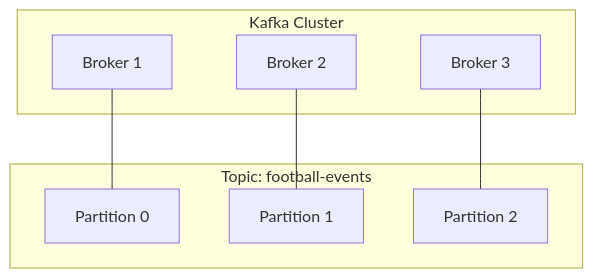
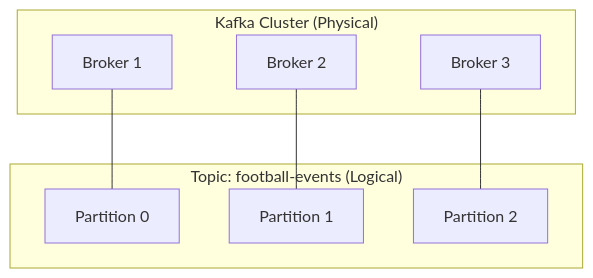
One commit to Prayag2003/system-design changed the first of 5 diagrams in concepts/kafka/02-kafka.md. Above: the diagram before and after it, drawn with Mermaid. The commit also changed other lines of this file and 2 other files, not shown here.

Commit message:
[feat-kafka]: consolidate 02-kafka architecture and add 20 interview Q&As in 03-qna

````diff
--- a/concepts/kafka/02-kafka.md
+++ b/concepts/kafka/02-kafka.md
@@ -98,14 +86,14 @@
 ```mermaid
 flowchart TD
-    subgraph T["Topic: football-events"]
+    subgraph T["Topic: football-events (Logical)"]
         P0["Partition 0"]
         P1["Partition 1"]
         P2["Partition 2"]
     end
 
-    subgraph KC["Kafka Cluster"]
+    subgraph KC["Kafka Cluster (Physical)"]
         B1["Broker 1"] --- P0
         B2["Broker 2"] --- P1
         B3["Broker 3"] --- P2
     end
 ```
````
